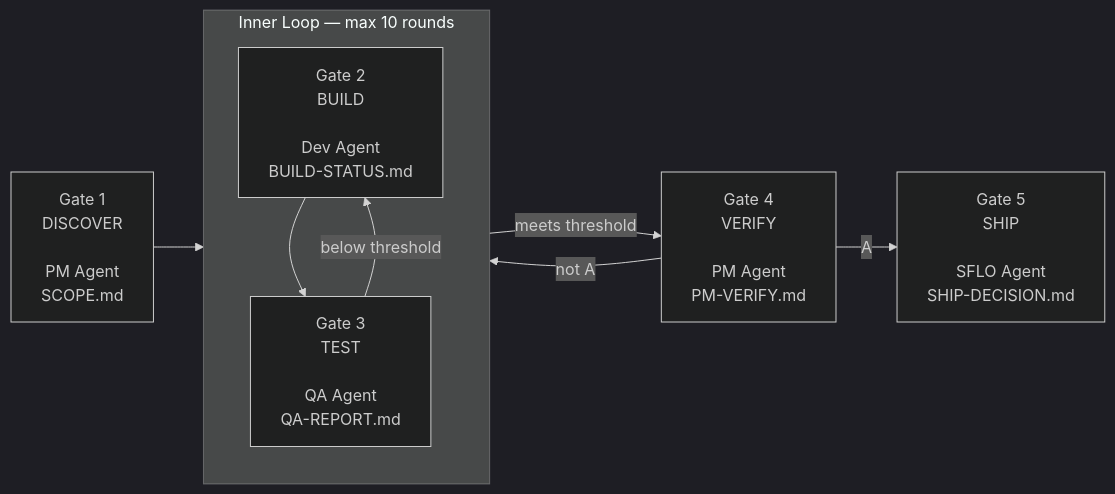
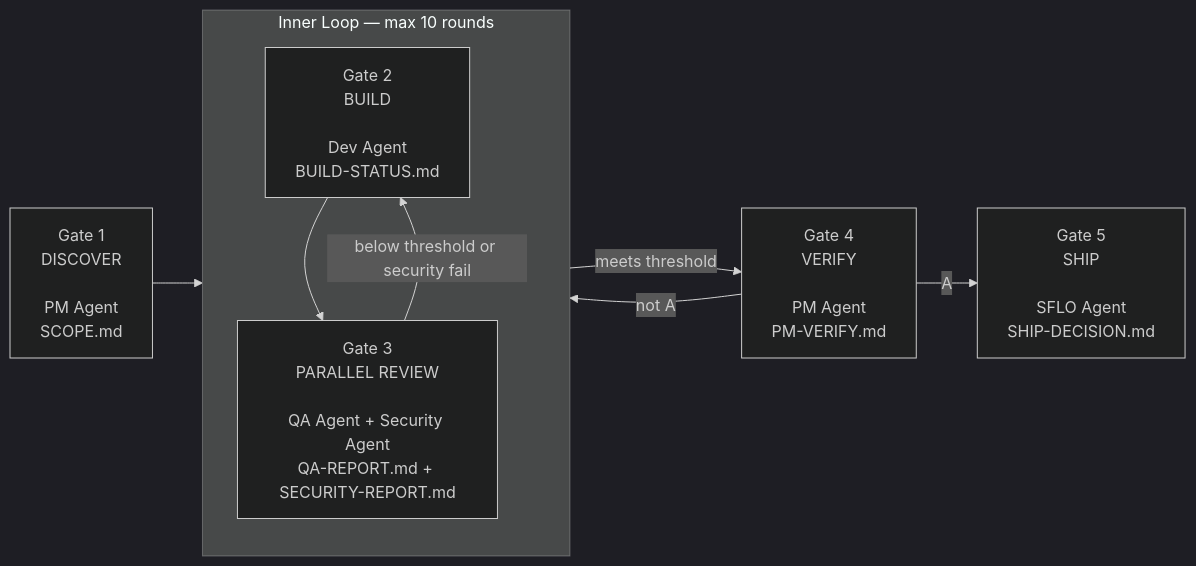
One commit to simonasrazm/simon-factory-lights-out changed the first of 2 diagrams in README.md. Above: the diagram before and after it, drawn with Mermaid (dark theme). The commit also changed other lines of this file and 44 other files, not shown here.

````diff
--- a/README.md
+++ b/README.md
@@ -5,13 +5,14 @@
 ```mermaid
 flowchart LR
     G1["Gate 1<br/>DISCOVER<br/><br/>PM Agent<br/>SCOPE.md"] --> DEV_QA
 
     subgraph DEV_QA ["Inner Loop — max 10 rounds"]
-        G2["Gate 2<br/>BUILD<br/><br/>Dev Agent<br/>BUILD-STATUS.md"] --> G3["Gate 3<br/>TEST<br/><br/>QA Agent<br/>QA-REPORT.md"]
-        G3 -- "below threshold" --> G2
+        direction TB
+        G2["Gate 2<br/>BUILD<br/><br/>Dev Agent<br/>BUILD-STATUS.md"] --> G3["Gate 3<br/>PARALLEL REVIEW<br/><br/>QA Agent + Security Agent<br/>QA-REPORT.md + SECURITY-REPORT.md"]
+        G3 -- "below threshold or security fail" --> G2
     end
 
     DEV_QA -- "meets threshold" --> G4["Gate 4<br/>VERIFY<br/><br/>PM Agent<br/>PM-VERIFY.md"]
     G4 -- "not A" --> DEV_QA
     G4 -- "A" --> G5["Gate 5<br/>SHIP<br/><br/>SFLO Agent<br/>SHIP-DECISION.md"]
 ```
````
